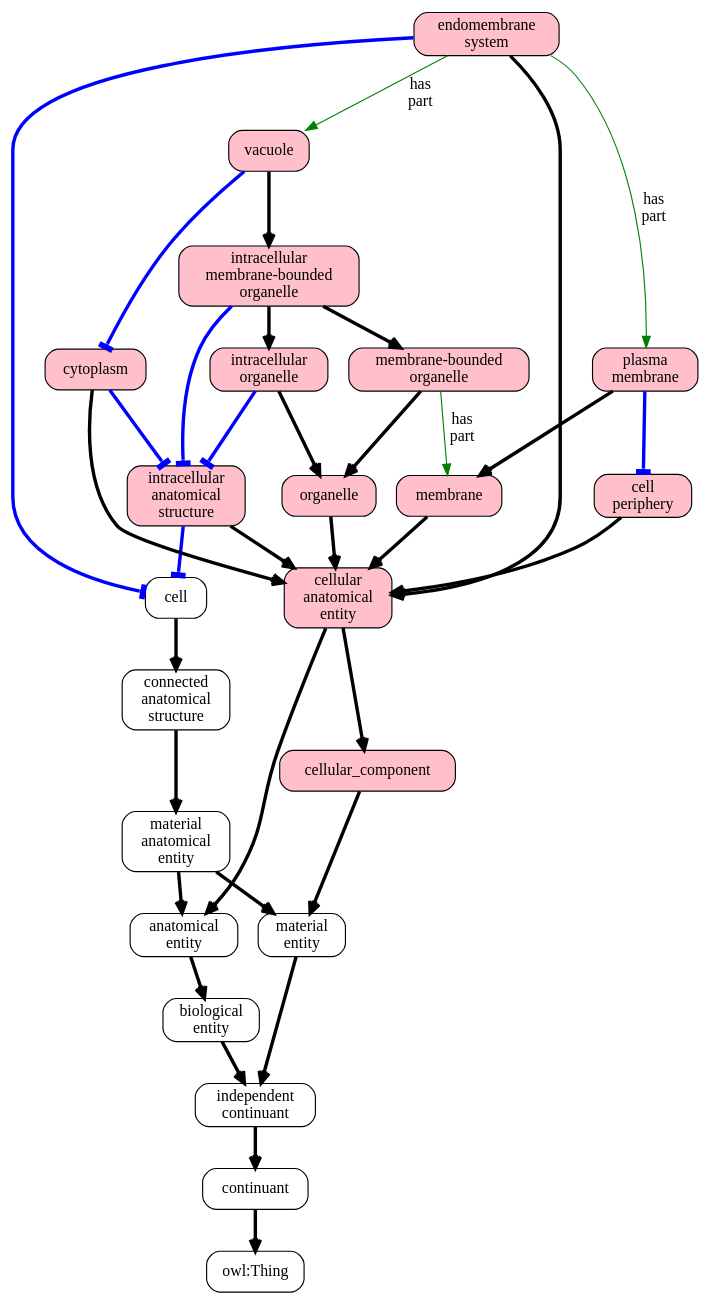
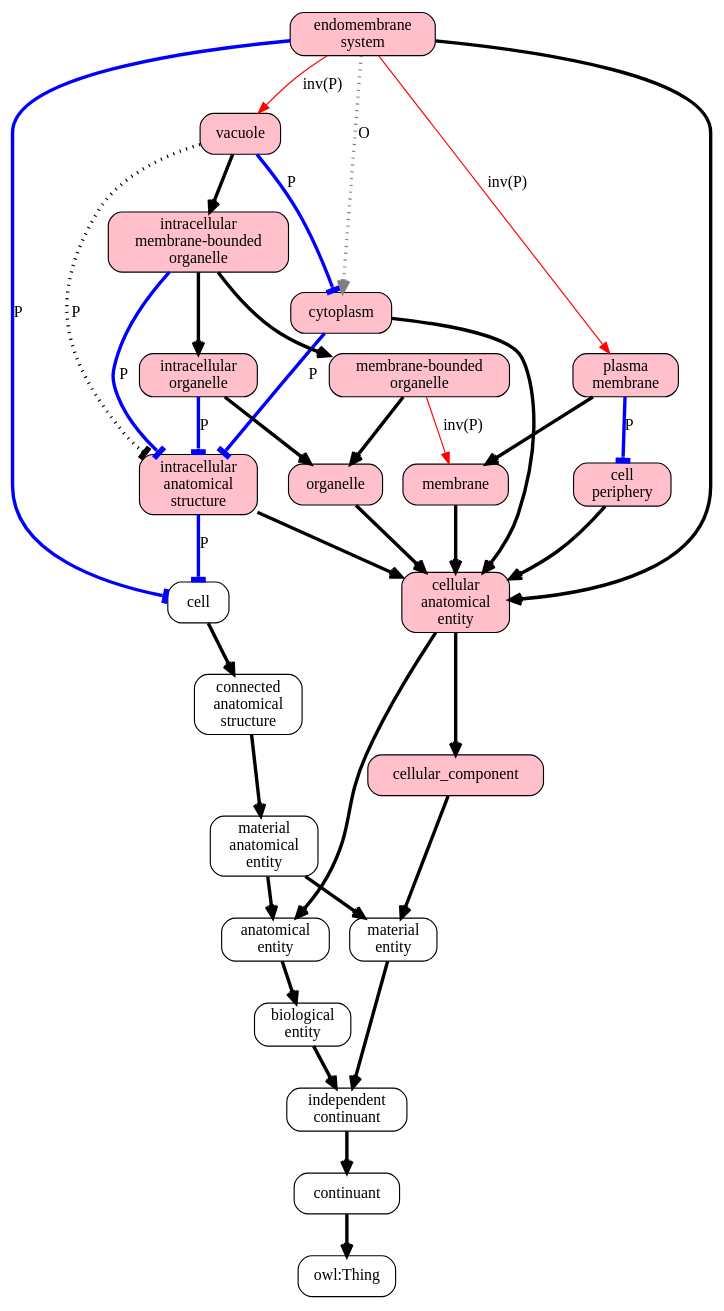
The diagram in paper/endomembrane_system.dot (INCATools/whelk), drawn with Graphviz before and after one commit. The commit also changed 1 other file, not shown here.

```diff
--- a/paper/endomembrane_system.dot
+++ b/paper/endomembrane_system.dot
@@ -1,58 +1,62 @@
 digraph {
   BFO_0000002 [label=continuant,shape=box,font=helvetica,fillcolor=white,style="filled,rounded"]
   BFO_0000004 [label="independent\ncontinuant",shape=box,font=helvetica,fillcolor=white,style="filled,rounded"]
   BFO_0000040 [label="material\nentity",shape=box,font=helvetica,fillcolor=white,style="filled,rounded"]
   CARO_0000000 [label="anatomical\nentity",shape=box,font=helvetica,fillcolor=white,style="filled,rounded"]
   CARO_0000003 [label="connected\nanatomical\nstructure",shape=box,font=helvetica,fillcolor=white,style="filled,rounded"]
   CARO_0000006 [label="material\nanatomical\nentity",shape=box,font=helvetica,fillcolor=white,style="filled,rounded"]
   CARO_0030000 [label="biological\nentity",shape=box,font=helvetica,fillcolor=white,style="filled,rounded"]
   CL_0000000 [label=cell,shape=box,font=helvetica,fillcolor=white,style="filled,rounded"]
   GO_0005575 [label=cellular_component,shape=box,font=helvetica,fillcolor=pink,style="filled,rounded"]
   GO_0005622 [label="intracellular\nanatomical\nstructure",shape=box,font=helvetica,fillcolor=pink,style="filled,rounded"]
   GO_0005737 [label=cytoplasm,shape=box,font=helvetica,fillcolor=pink,style="filled,rounded"]
   GO_0005773 [label=vacuole,shape=box,font=helvetica,fillcolor=pink,style="filled,rounded"]
   GO_0005886 [label="plasma\nmembrane",shape=box,font=helvetica,fillcolor=pink,style="filled,rounded"]
   GO_0012505 [label="endomembrane\nsystem",shape=box,font=helvetica,fillcolor=pink,style="filled,rounded"]
   GO_0016020 [label=membrane,shape=box,font=helvetica,fillcolor=pink,style="filled,rounded"]
   GO_0043226 [label=organelle,shape=box,font=helvetica,fillcolor=pink,style="filled,rounded"]
   GO_0043227 [label="membrane-bounded\norganelle",shape=box,font=helvetica,fillcolor=pink,style="filled,rounded"]
   GO_0043229 [label="intracellular\norganelle",shape=box,font=helvetica,fillcolor=pink,style="filled,rounded"]
   GO_0043231 [label="intracellular\nmembrane-bounded\norganelle",shape=box,font=helvetica,fillcolor=pink,style="filled,rounded"]
   GO_0071944 [label="cell\nperiphery",shape=box,font=helvetica,fillcolor=pink,style="filled,rounded"]
   GO_0110165 [label="cellular\nanatomical\nentity",shape=box,font=helvetica,fillcolor=pink,style="filled,rounded"]
   owl_Thing [label="owl:Thing",shape=box,font=helvetica,fillcolor=white,style="filled,rounded"]
   BFO_0000002 -> owl_Thing [label="",color=black,penwidth=3,arrowhead=open]
   BFO_0000004 -> BFO_0000002 [label="",color=black,penwidth=3,arrowhead=open]
   BFO_0000040 -> BFO_0000004 [label="",color=black,penwidth=3,arrowhead=open]
   CARO_0000000 -> CARO_0030000 [label="",color=black,penwidth=3,arrowhead=open]
   CARO_0000003 -> CARO_0000006 [label="",color=black,penwidth=3,arrowhead=open]
   CARO_0000006 -> BFO_0000040 [label="",color=black,penwidth=3,arrowhead=open]
   CARO_0000006 -> CARO_0000000 [label="",color=black,penwidth=3,arrowhead=open]
   CARO_0030000 -> BFO_0000004 [label="",color=black,penwidth=3,arrowhead=open]
   CL_0000000 -> CARO_0000003 [label="",color=black,penwidth=3,arrowhead=open]
   GO_0005575 -> BFO_0000040 [label="",color=black,penwidth=3,arrowhead=open]
-  GO_0005622 -> CL_0000000 [label="",arrowhead=tee,color=blue,penwidth=3]
+  GO_0005622 -> CL_0000000 [label="P",arrowhead=tee,color=blue,penwidth=3]
   GO_0005622 -> GO_0110165 [label="",color=black,penwidth=3,arrowhead=open]
-  GO_0005737 -> GO_0005622 [label="",arrowhead=tee,color=blue,penwidth=3]
+  GO_0005737 -> GO_0005622 [label="P",arrowhead=tee,color=blue,penwidth=3]
   GO_0005737 -> GO_0110165 [label="",color=black,penwidth=3,arrowhead=open]
-  GO_0005773 -> GO_0005737 [label="",arrowhead=tee,color=blue,penwidth=3]
+  GO_0005773 -> GO_0005737 [label="P",arrowhead=tee,color=blue,penwidth=3]
   GO_0005773 -> GO_0043231 [label="",color=black,penwidth=3,arrowhead=open]
-  GO_0005886 -> GO_0071944 [label="",arrowhead=tee,color=blue,penwidth=3]
+  GO_0005886 -> GO_0071944 [label="P",arrowhead=tee,color=blue,penwidth=3]
   GO_0005886 -> GO_0016020 [label="",color=black,penwidth=3,arrowhead=open]
-  GO_0012505 -> CL_0000000 [label="",arrowhead=tee,color=blue,penwidth=3]
-  GO_0012505 -> GO_0005773 [label="has\npart",color=green]
-  GO_0012505 -> GO_0005886 [label="has\npart",color=green]
+  GO_0012505 -> CL_0000000 [label="P",arrowhead=tee,color=blue,penwidth=3]
+  GO_0012505 -> GO_0005773 [label="inv(P)",color=red]
+  GO_0012505 -> GO_0005886 [label="inv(P)",color=red]
   GO_0012505 -> GO_0110165 [label="",color=black,penwidth=3,arrowhead=open]
   GO_0016020 -> GO_0110165 [label="",color=black,penwidth=3,arrowhead=open]
   GO_0043226 -> GO_0110165 [label="",color=black,penwidth=3,arrowhead=open]
-  GO_0043227 -> GO_0016020 [label="has\npart",color=green]
+  GO_0043227 -> GO_0016020 [label="inv(P)",color=red]
   GO_0043227 -> GO_0043226 [label="",color=black,penwidth=3,arrowhead=open]
-  GO_0043229 -> GO_0005622 [label="",arrowhead=tee,color=blue,penwidth=3]
+  GO_0043229 -> GO_0005622 [label="P",arrowhead=tee,color=blue,penwidth=3]
   GO_0043229 -> GO_0043226 [label="",color=black,penwidth=3,arrowhead=open]
-  GO_0043231 -> GO_0005622 [label="",arrowhead=tee,color=blue,penwidth=3]
+  GO_0043231 -> GO_0005622 [label="P",arrowhead=tee,color=blue,penwidth=3]
   GO_0043231 -> GO_0043227 [label="",color=black,penwidth=3,arrowhead=open]
   GO_0043231 -> GO_0043229 [label="",color=black,penwidth=3,arrowhead=open]
   GO_0071944 -> GO_0110165 [label="",color=black,penwidth=3,arrowhead=open]
   GO_0110165 -> CARO_0000000 [label="",color=black,penwidth=3,arrowhead=open]
   GO_0110165 -> GO_0005575 [label="",color=black,penwidth=3,arrowhead=open]
+
+  GO_0012505 -> GO_0005737 [label="O",arrowhead=open,color=grey,penwidth=3,style="dotted"]
+  GO_0005773 -> GO_0005622 [label="P",arrowhead=tee,color=black,penwidth=3,style="dotted"]
+
 }
```
